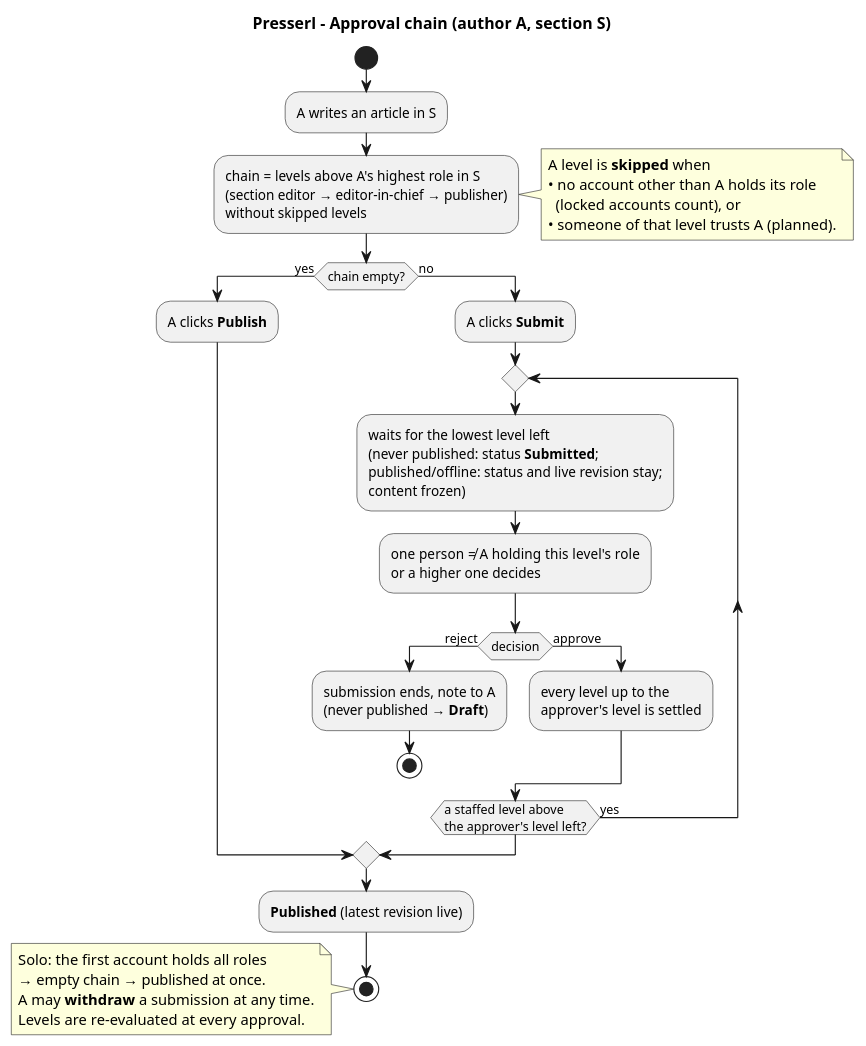
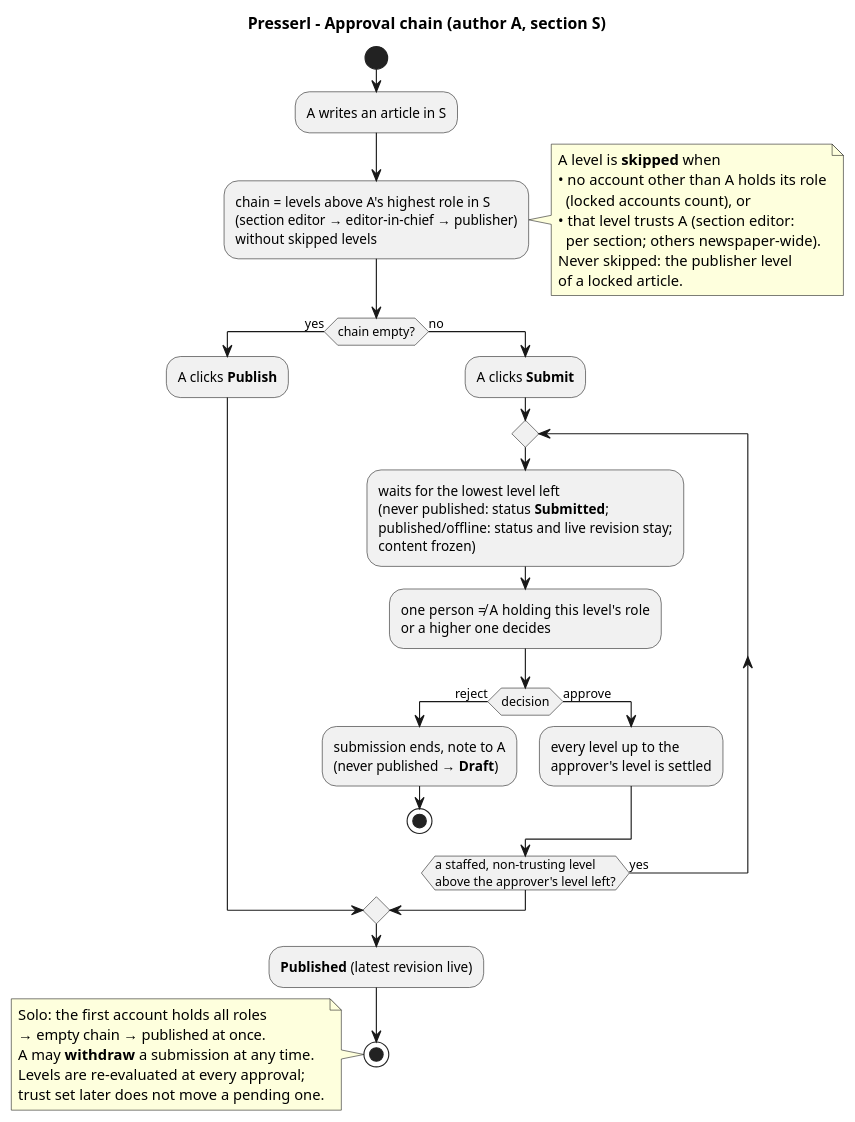
Before and after one commit to UnterrainerInformatik/presserl: the diagram in docs/diagrams/review-decision.puml, drawn with PlantUML. The commit also changed 37 other files, not shown here.

```diff
--- a/docs/diagrams/review-decision.puml
+++ b/docs/diagrams/review-decision.puml
@@ -1,39 +1,43 @@
 @startuml review-decision
 title Presserl – Approval chain (author A, section S)
 skinparam shadowing false
 skinparam defaultFontName Sans-Serif
 
 start
 :A writes an article in S;
 :chain = levels above A's highest role in S\n(section editor → editor-in-chief → publisher)\nwithout skipped levels;
 note right
   A level is **skipped** when
   • no account other than A holds its role
     (locked accounts count), or
-  • someone of that level trusts A (planned).
+  • that level trusts A (section editor:
+    per section; others newspaper-wide).
+  Never skipped: the publisher level
+  of a locked article.
 end note
 if (chain empty?) then (yes)
   :A clicks **Publish**;
 else (no)
   :A clicks **Submit**;
   repeat
     :waits for the lowest level left\n(never published: status **Submitted**;\npublished/offline: status and live revision stay;\ncontent frozen);
     :one person ≠ A holding this level's role\nor a higher one decides;
     if (decision) then (reject)
       :submission ends, note to A\n(never published → **Draft**);
       stop
     else (approve)
       :every level up to the\napprover's level is settled;
     endif
-  repeat while (a staffed level above\nthe approver's level left?) is (yes)
+  repeat while (a staffed, non-trusting level\nabove the approver's level left?) is (yes)
 endif
 :**Published** (latest revision live);
 stop
 
 note left
   Solo: the first account holds all roles
   → empty chain → published at once.
   A may **withdraw** a submission at any time.
-  Levels are re-evaluated at every approval.
+  Levels are re-evaluated at every approval;
+  trust set later does not move a pending one.
 end note
 @enduml
```
